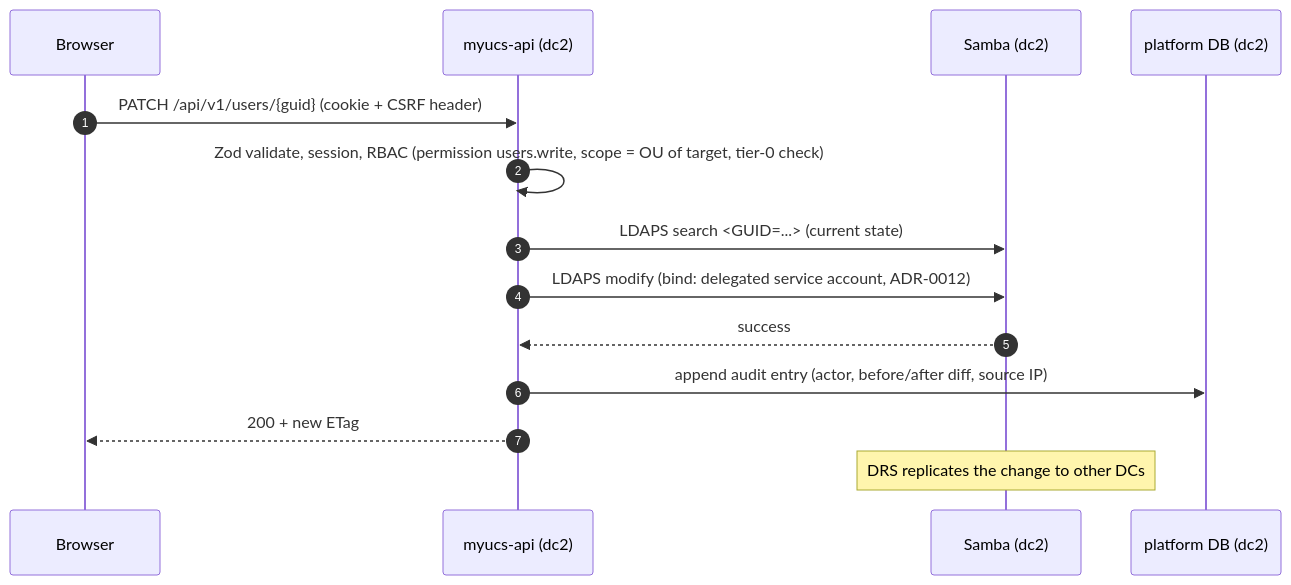
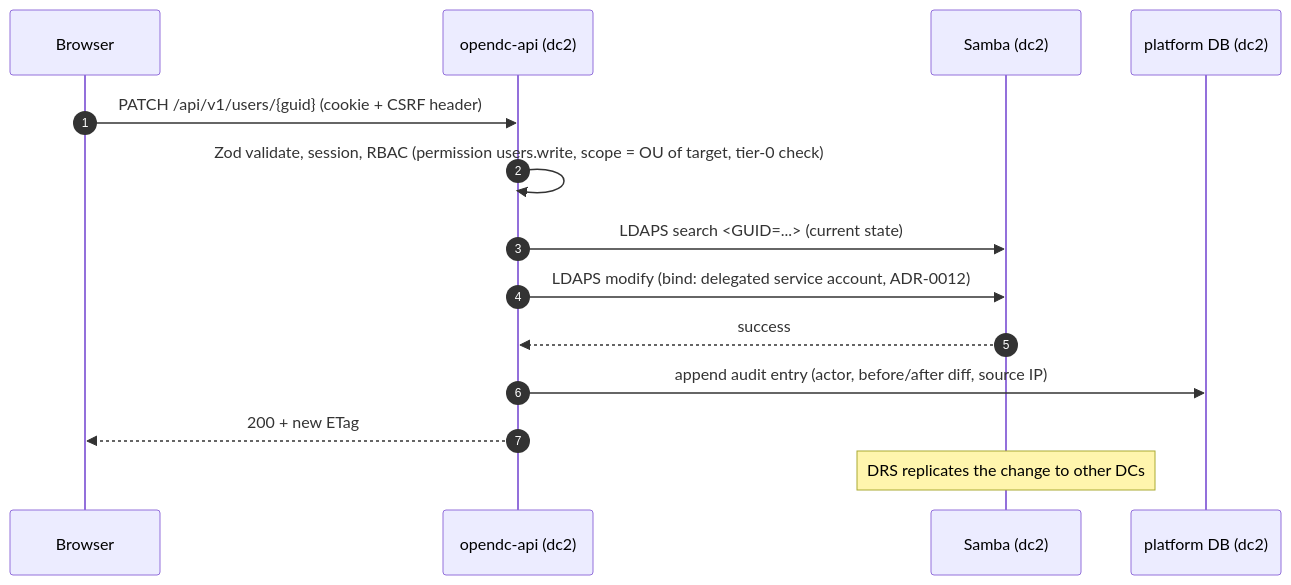
Before and after one commit to driterolulaj/openDC: the third of 5 diagrams in docs/ARCHITECTURE.md, drawn with Mermaid. The commit also changed other lines of this file and 42 other files, not shown here.

````diff
--- a/docs/ARCHITECTURE.md
+++ b/docs/ARCHITECTURE.md
@@ -113,16 +113,16 @@
 ```mermaid
 sequenceDiagram
   autonumber
   participant B as Browser
-  participant A as myucs-api (dc2)
+  participant A as opendc-api (dc2)
   participant S as Samba (dc2)
   participant D as platform DB (dc2)
   B->>A: PATCH /api/v1/users/{guid}  (cookie + CSRF header)
   A->>A: Zod validate, session, RBAC (permission users.write, scope = OU of target, tier-0 check)
   A->>S: LDAPS search <GUID=...> (current state)
   A->>S: LDAPS modify (bind: delegated service account, ADR-0012)
   S-->>A: success
   A->>D: append audit entry (actor, before/after diff, source IP)
   A-->>B: 200 + new ETag
   Note over S: DRS replicates the change to other DCs
 ```
````
